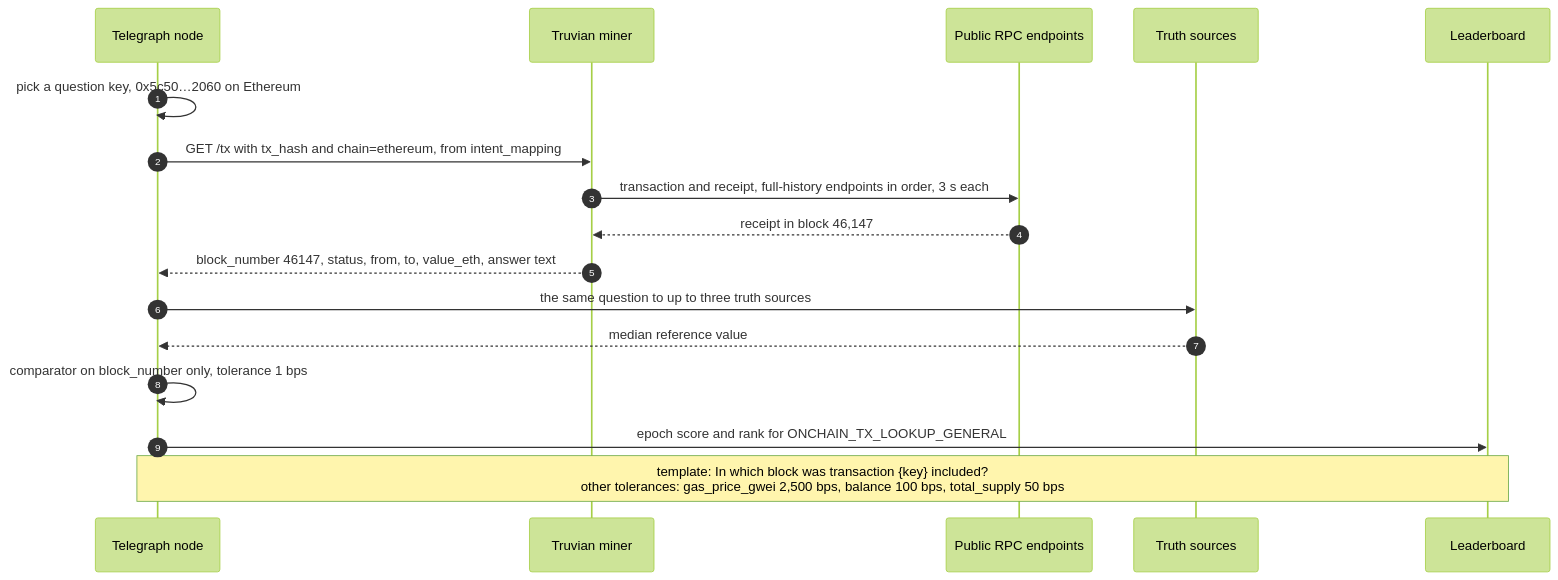
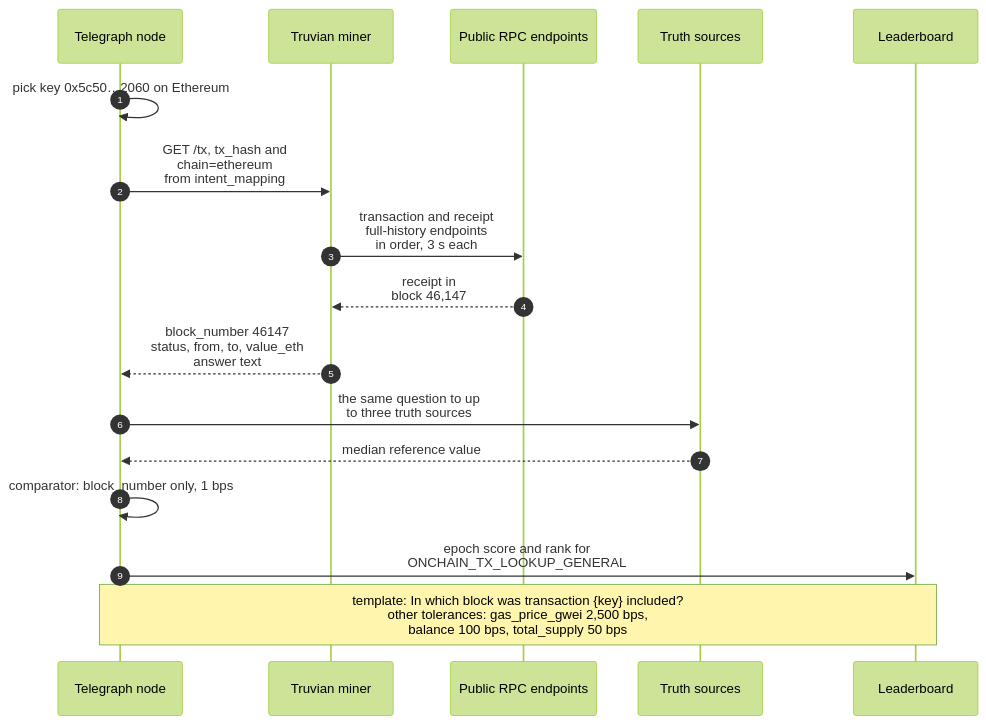
Before and after one commit to mrnetwork0001/Truvian: the fifth of 7 diagrams in README.md, drawn with Mermaid (forest theme). The commit also changed other lines of this file, not shown here.

````diff
--- a/README.md
+++ b/README.md
@@ -208,20 +250,20 @@
 ```mermaid
 sequenceDiagram
   autonumber
   participant N as Telegraph node
   participant R as Truvian miner
   participant P as Public RPC endpoints
   participant T as Truth sources
   participant L as Leaderboard
 
-  N->>N: pick a question key, 0x5c50…2060 on Ethereum
-  N->>R: GET /tx with tx_hash and chain=ethereum, from intent_mapping
-  R->>P: transaction and receipt, full-history endpoints in order, 3 s each
-  P-->>R: receipt in block 46,147
-  R-->>N: block_number 46147, status, from, to, value_eth, answer text
-  N->>T: the same question to up to three truth sources
+  N->>N: pick key 0x5c50…2060 on Ethereum
+  N->>R: GET /tx, tx_hash and<br/>chain=ethereum<br/>from intent_mapping
+  R->>P: transaction and receipt<br/>full-history endpoints<br/>in order, 3 s each
+  P-->>R: receipt in<br/>block 46,147
+  R-->>N: block_number 46147<br/>status, from, to, value_eth<br/>answer text
+  N->>T: the same question to up<br/>to three truth sources
   T-->>N: median reference value
-  N->>N: comparator on block_number only, tolerance 1 bps
-  N->>L: epoch score and rank for ONCHAIN_TX_LOOKUP_GENERAL
-  Note over N,L: template: In which block was transaction {key} included?<br/>other tolerances: gas_price_gwei 2,500 bps, balance 100 bps, total_supply 50 bps
+  N->>N: comparator: block_number only, 1 bps
+  N->>L: epoch score and rank for<br/>ONCHAIN_TX_LOOKUP_GENERAL
+  Note over N,L: template: In which block was transaction {key} included?<br/>other tolerances: gas_price_gwei 2,500 bps,<br/>balance 100 bps, total_supply 50 bps
 ```
````
